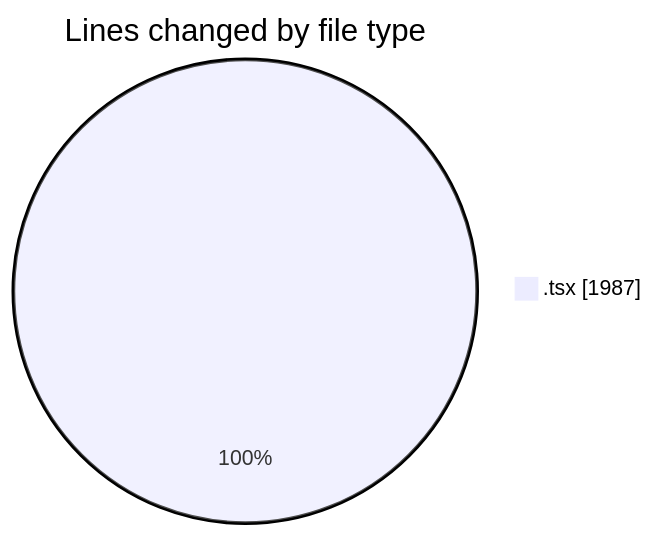
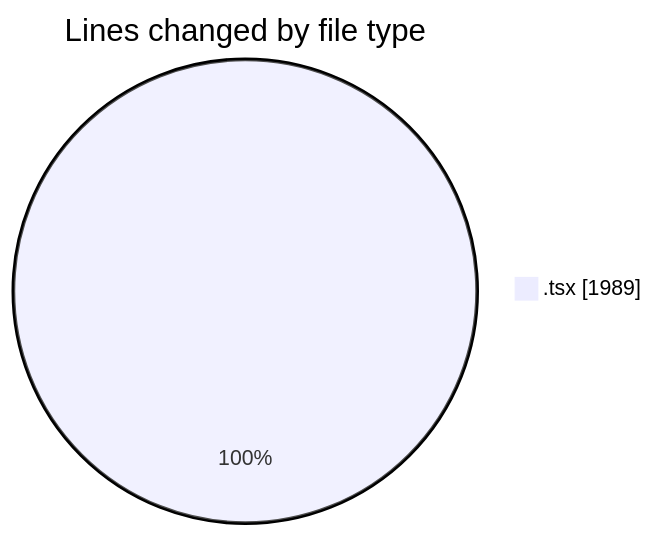
One commit to nxtqubesakshisongat/code-tracking changed the first of 2 diagrams in 2026-01-22/nxtqube_webapp/README.md. Above: the diagram before and after it, drawn with Mermaid. The commit also changed other lines of this file and 1 other file, not shown here.

````diff
--- a/2026-01-22/nxtqube_webapp/README.md
+++ b/2026-01-22/nxtqube_webapp/README.md
@@ -22,5 +22,5 @@
 ```mermaid
 pie showData
 title Lines changed by file type
-".tsx" : 1987
+".tsx" : 1989
 ```
````
